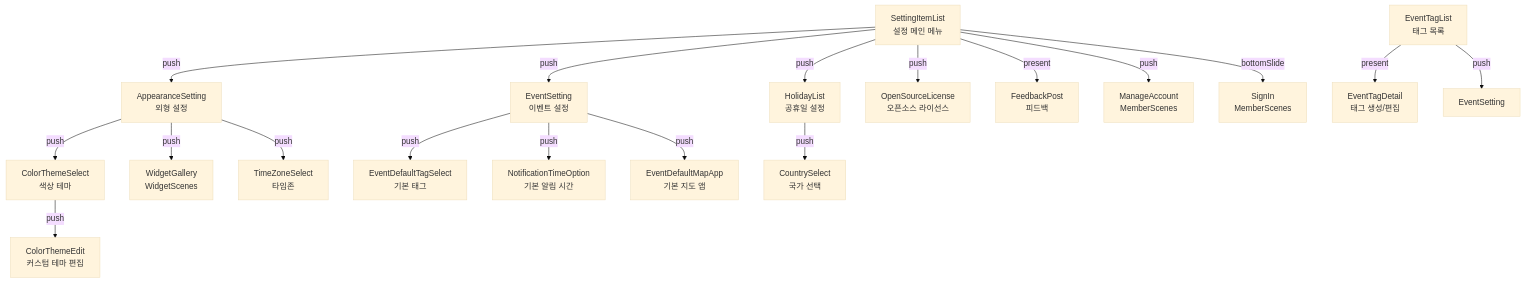
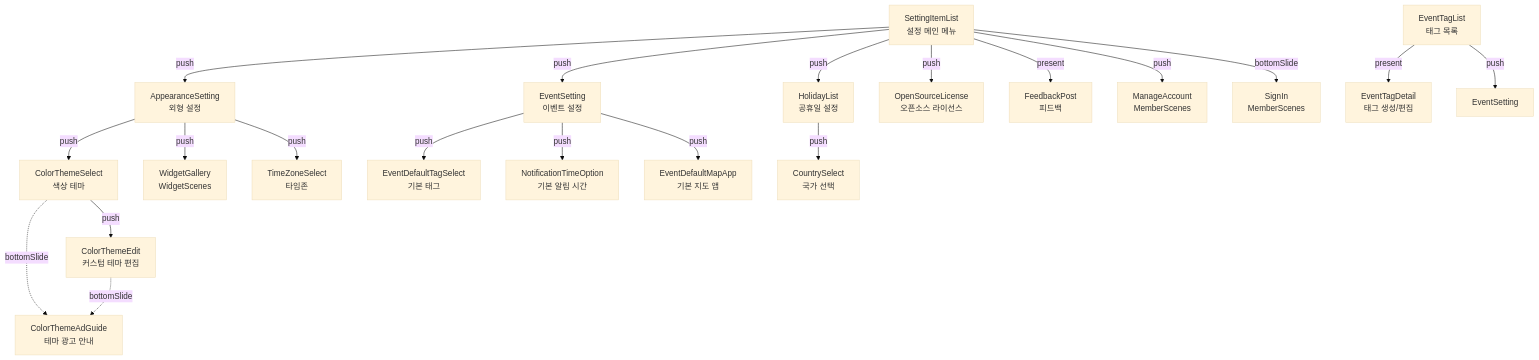
One commit to sudopark/TodoCalendar changed the first of 5 diagrams in Presentations/SettingScene/CLAUDE.md. Above: the diagram before and after it, drawn with Mermaid (base theme). The commit also changed other lines of this file and 3 other files, not shown here.

````diff
--- a/Presentations/SettingScene/CLAUDE.md
+++ b/Presentations/SettingScene/CLAUDE.md
@@ -13,24 +13,26 @@
 ```mermaid
 graph TD
     SIL[SettingItemList<br/>설정 메인 메뉴] -->|push| AS[AppearanceSetting<br/>외형 설정]
     SIL -->|push| ES[EventSetting<br/>이벤트 설정]
     SIL -->|push| HL[HolidayList<br/>공휴일 설정]
     SIL -->|push| OSL[OpenSourceLicense<br/>오픈소스 라이선스]
     SIL -->|present| FP[FeedbackPost<br/>피드백]
     SIL -->|push| MA[ManageAccount<br/>MemberScenes]
     SIL -->|bottomSlide| SI[SignIn<br/>MemberScenes]
 
     AS -->|push| CT[ColorThemeSelect<br/>색상 테마]
     CT -->|push| CTE[ColorThemeEdit<br/>커스텀 테마 편집]
+    CT -.->|bottomSlide| CTAG[ColorThemeAdGuide<br/>테마 광고 안내]
+    CTE -.->|bottomSlide| CTAG
     AS -->|push| WG[WidgetGallery<br/>WidgetScenes]
     AS -->|push| TZ[TimeZoneSelect<br/>타임존]
 
     ES -->|push| ETS[EventDefaultTagSelect<br/>기본 태그]
     ES -->|push| ENT[NotificationTimeOption<br/>기본 알림 시간]
     ES -->|push| EMA[EventDefaultMapApp<br/>기본 지도 앱]
 
     HL -->|push| CS[CountrySelect<br/>국가 선택]
 
     ETL[EventTagList<br/>태그 목록] -->|present| ETD[EventTagDetail<br/>태그 생성/편집]
     ETL -->|push| ES2[EventSetting]
 ```
````
